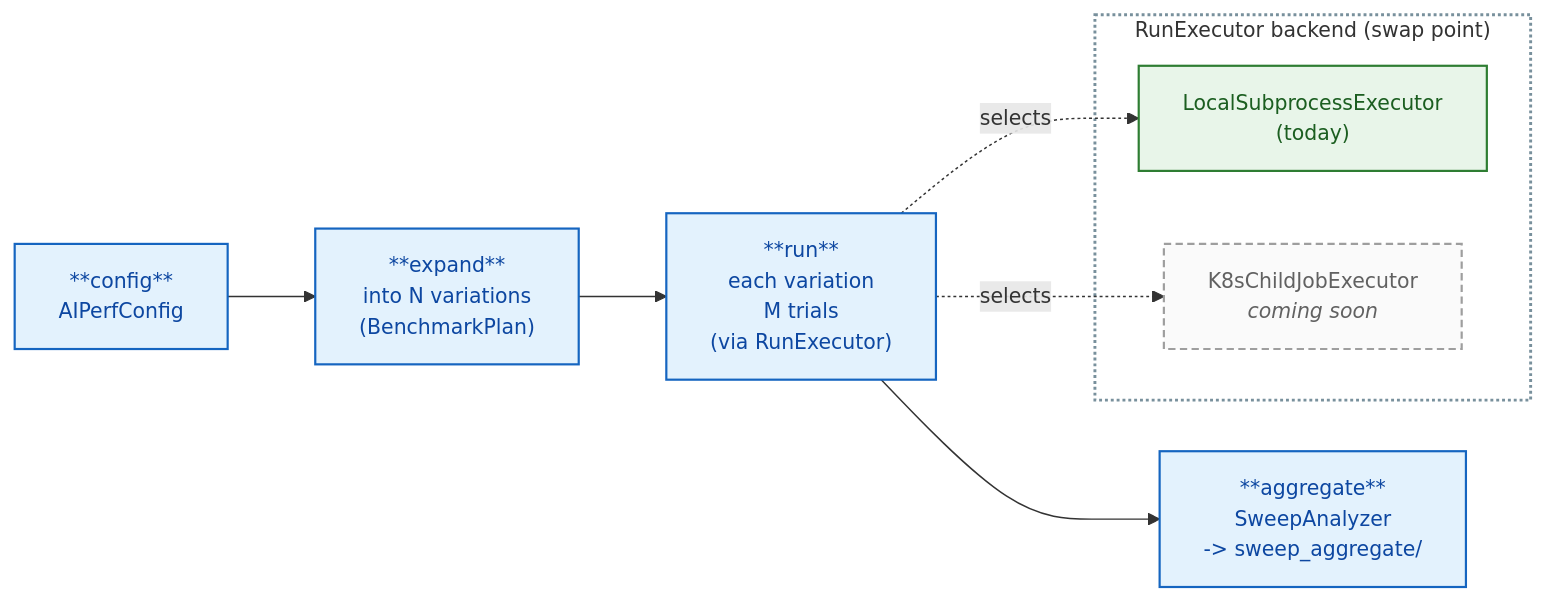
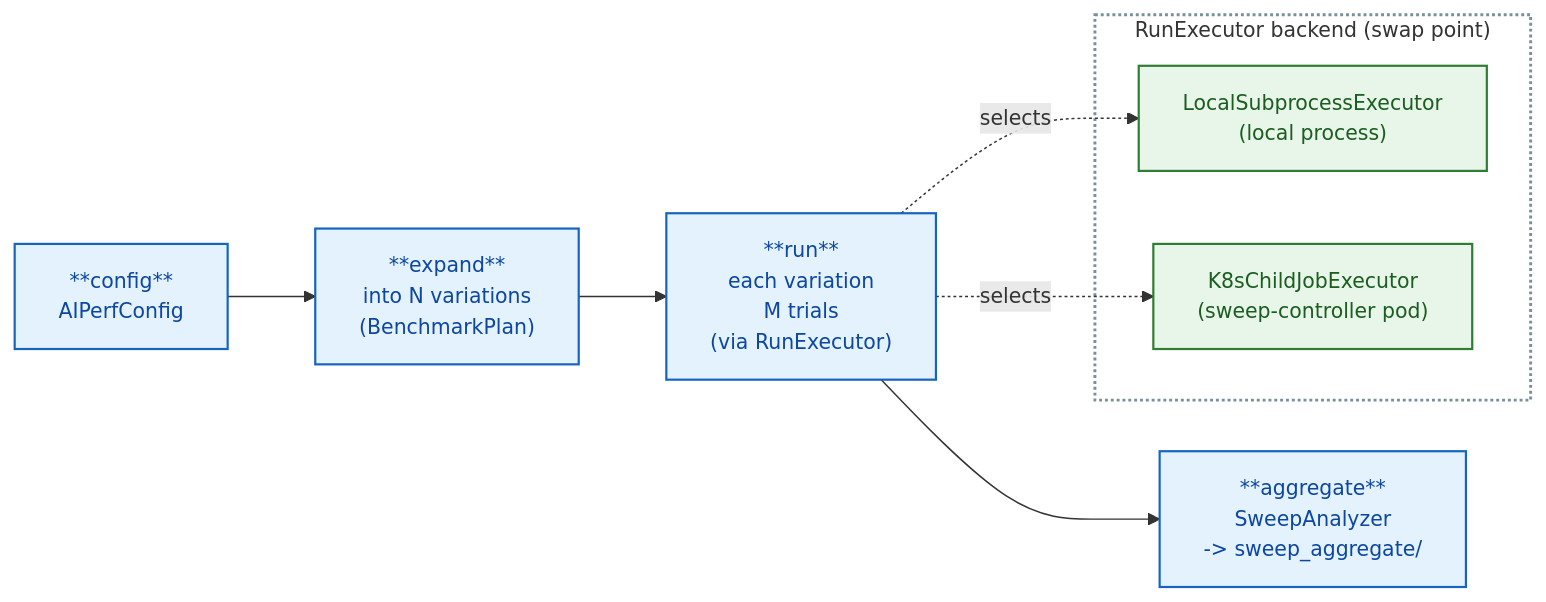
One commit to ai-dynamo/aiperf changed the first of 35 diagrams in fern/pages-dev/dev/sweep-orchestrator.md. Above: the diagram before and after it, drawn with Mermaid. The commit also changed other lines of this file and 41 other files, not shown here.

````diff
--- a/fern/pages-dev/dev/sweep-orchestrator.md
+++ b/fern/pages-dev/dev/sweep-orchestrator.md
@@ -20,27 +20,24 @@
 ```mermaid
 %%{init: {'flowchart': {'nodeSpacing': 50, 'rankSpacing': 60, 'htmlLabels': true}, 'themeVariables': {'fontSize': '14px'}}}%%
 flowchart LR
     cfg["**config**<br/>AIPerfConfig"]
     exp["**expand**<br/>into N variations<br/>(BenchmarkPlan)"]
     run["**run**<br/>each variation<br/>M trials<br/>(via RunExecutor)"]
     agg["**aggregate**<br/>SweepAnalyzer<br/>-> sweep_aggregate/"]
 
     cfg --> exp --> run --> agg
 
     subgraph BACKENDS["RunExecutor backend (swap point)"]
-        local["LocalSubprocessExecutor<br/>(today)"]
-        k8s["K8sChildJobExecutor<br/><i>coming soon</i>"]
+        local["LocalSubprocessExecutor<br/>(local process)"]
+        k8s["K8sChildJobExecutor<br/>(sweep-controller pod)"]
     end
     run -. selects .-> local
     run -. selects .-> k8s
 
     classDef stage fill:#e3f2fd,stroke:#1565c0,stroke-width:1.5px,color:#0d47a1
     classDef shipping fill:#e8f5e9,stroke:#2e7d32,stroke-width:1.5px,color:#1b5e20
-    classDef coming fill:#fafafa,stroke:#9e9e9e,stroke-width:1.5px,stroke-dasharray:5 3,color:#616161
-
     class cfg,exp,run,agg stage
-    class local shipping
-    class k8s coming
+    class local,k8s shipping
 
     style BACKENDS fill:transparent,stroke:#78909c,stroke-width:2px,stroke-dasharray:2 2
 ```
````
